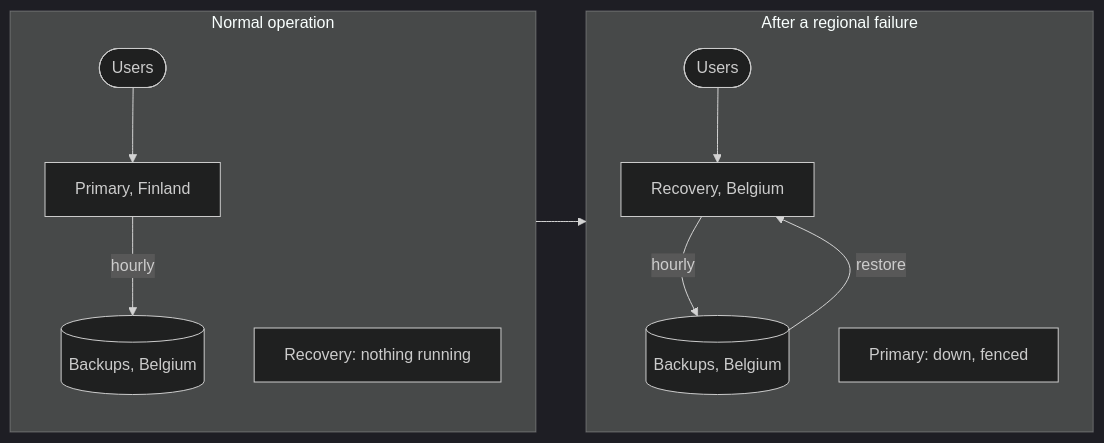
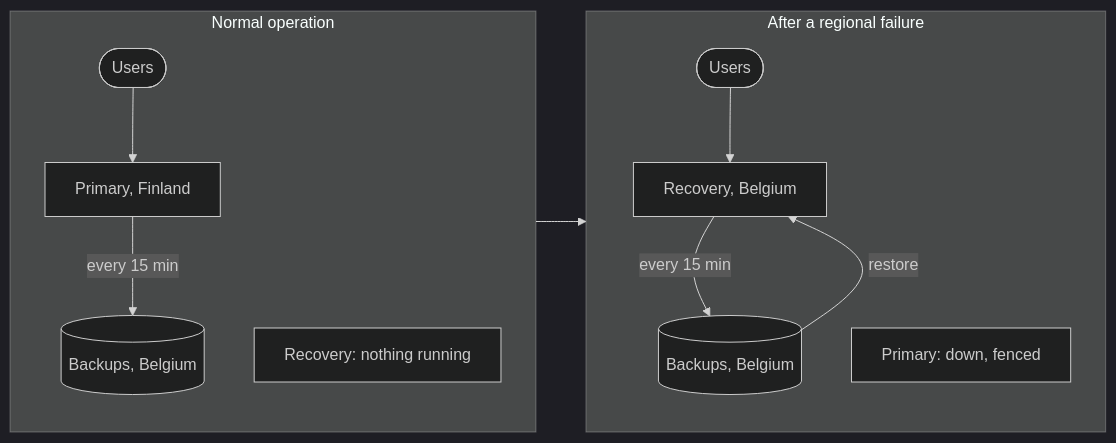
Before and after one commit to sindredg/k8s-dr: the first of 2 diagrams in docs/architecture/10-regional-recovery.md, drawn with Mermaid (dark theme). The commit also changed other lines of this file and 12 other files, not shown here.

````diff
--- a/docs/architecture/10-regional-recovery.md
+++ b/docs/architecture/10-regional-recovery.md
@@ -20,19 +20,19 @@
 ```mermaid
 flowchart LR
     subgraph before["Normal operation"]
         direction TB
         u1(["Users"]) --> p1["Primary, Finland"]
-        p1 -- "hourly" --> b1[("Backups, Belgium")]
+        p1 -- "every 15 min" --> b1[("Backups, Belgium")]
         r1["Recovery: nothing running"]
     end
 
     subgraph after["After a regional failure"]
         direction TB
         u2(["Users"]) --> r2["Recovery, Belgium"]
         b2[("Backups, Belgium")] -- "restore" --> r2
-        r2 -- "hourly" --> b2
+        r2 -- "every 15 min" --> b2
         p2["Primary: down, fenced"]
     end
 
     before --> after
 ```
````
